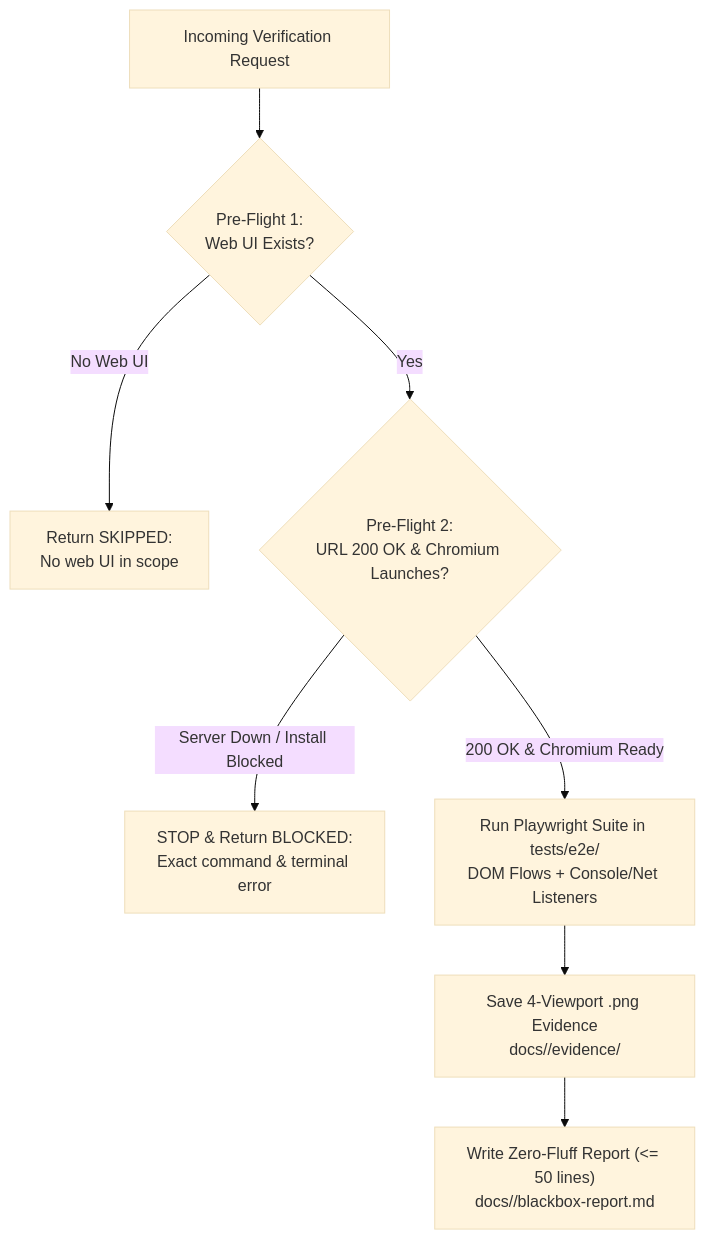
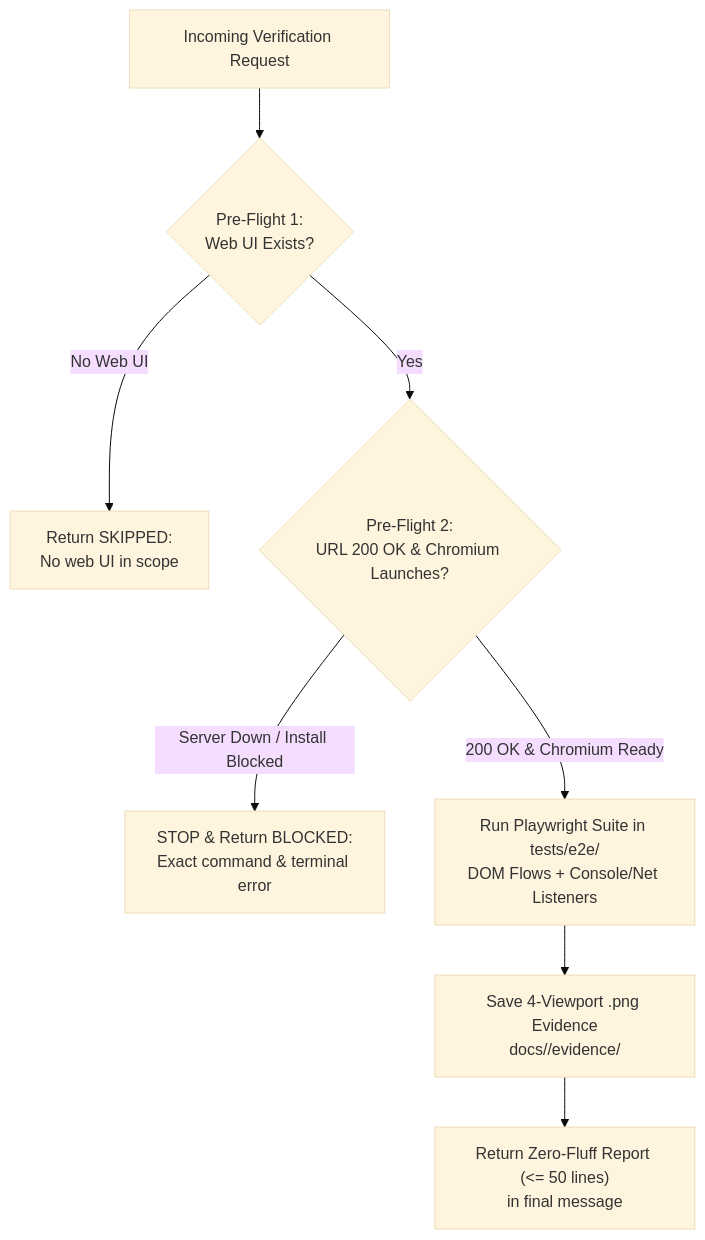
Before and after one commit to jggomez/expert-ai-developer-skills: the diagram in plugins/claude/senior-dev/skills/blackbox-tester/SKILL.md, drawn with Mermaid (base theme). The commit also changed other lines of this file and 259 other files, not shown here.

````diff
--- a/plugins/claude/senior-dev/skills/blackbox-tester/SKILL.md
+++ b/plugins/claude/senior-dev/skills/blackbox-tester/SKILL.md
@@ -38,10 +40,10 @@
 ```mermaid
 flowchart TD
     START["Incoming Verification Request"] --> PF1{"Pre-Flight 1:<br/>Web UI Exists?"}
     PF1 -->|"No Web UI"| SKIP["Return SKIPPED:<br/>No web UI in scope"]
     PF1 -->|"Yes"| PF2{"Pre-Flight 2:<br/>URL 200 OK & Chromium Launches?"}
     PF2 -->|"Server Down / Install Blocked"| BLOCK["STOP & Return BLOCKED:<br/>Exact command & terminal error"]
     PF2 -->|"200 OK & Chromium Ready"| EXEC["Run Playwright Suite in tests/e2e/<br/>DOM Flows + Console/Net Listeners"]
     EXEC --> SHOTS["Save 4-Viewport .png Evidence<br/>docs/<feature-name>/evidence/"]
-    SHOTS --> REPORT["Write Zero-Fluff Report (<= 50 lines)<br/>docs/<feature-name>/blackbox-report.md"]
+    SHOTS --> REPORT["Return Zero-Fluff Report (<= 50 lines)<br/>in final message"]
 ```
````
